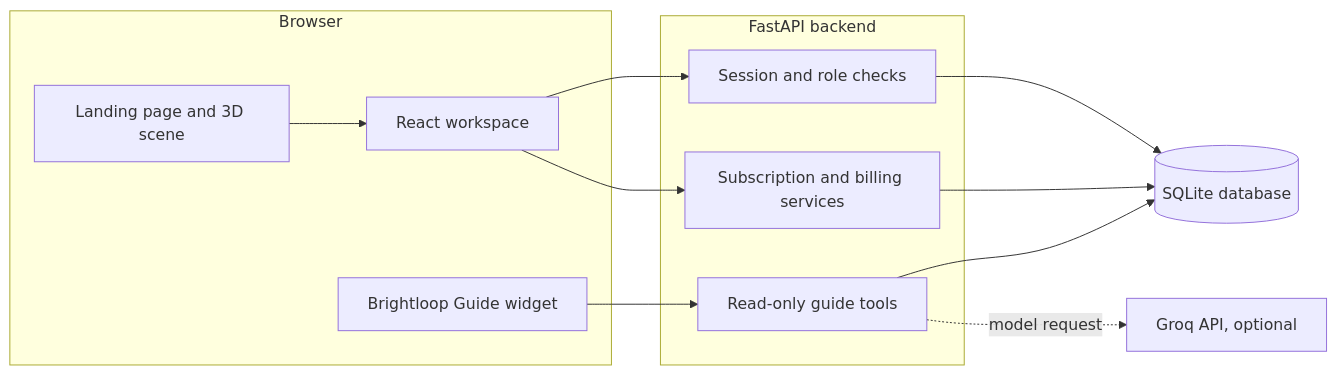
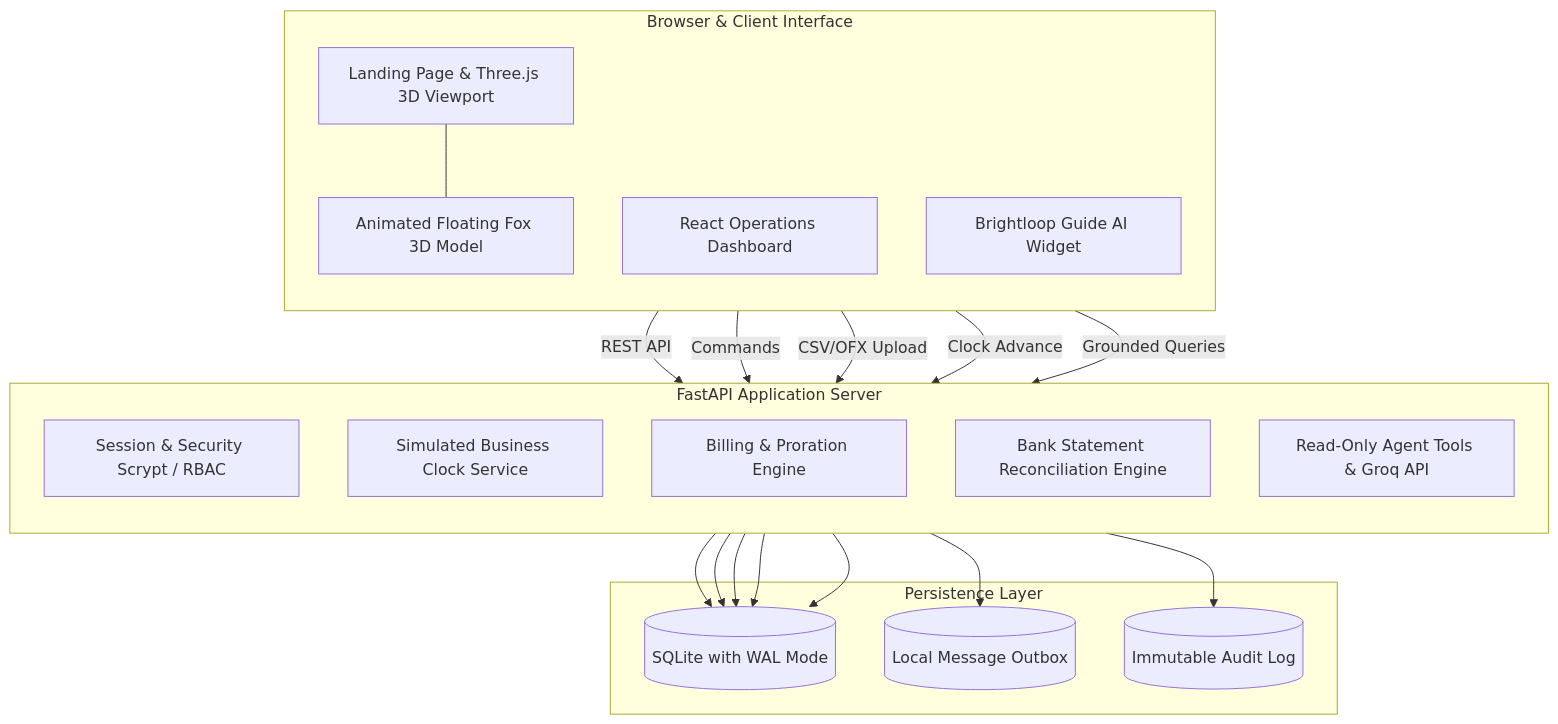
Before and after one commit to atharva-awade/Team-Synora-Odoo-Make-A-Ton-9.0: the diagram in README.md, drawn with Mermaid. The commit also changed other lines of this file and 4 other files, not shown here.

Commit message:
Integrate animated 3D floating fox mascot and polish documentation

````diff
--- a/README.md
+++ b/README.md
@@ -122,26 +154,40 @@
 ```mermaid
-flowchart LR
-  subgraph Browser[Browser]
-    LP[Landing page and 3D scene]
-    APP[React workspace]
-    GUIDE[Brightloop Guide widget]
+flowchart TD
+  subgraph Client [Browser & Client Interface]
+    direction TB
+    LP[Landing Page & Three.js 3D Viewport]
+    MASCOT[Animated Floating Fox 3D Model]
+    DASH[React Operations Dashboard]
+    GUIDE[Brightloop Guide AI Widget]
+    LP --- MASCOT
   end
 
-  subgraph API[FastAPI backend]
-    AUTH[Session and role checks]
-    RULES[Subscription and billing services]
-    GUIDEAPI[Read-only guide tools]
+  subgraph Backend [FastAPI Application Server]
+    direction TB
+    AUTH[Session & Security Scrypt / RBAC]
+    CLOCK[Simulated Business Clock Service]
+    BILLING[Billing & Proration Engine]
+    RECON[Bank Statement Reconciliation Engine]
+    ASSIST[Read-Only Agent Tools & Groq API]
   end
 
-  DATA[(SQLite database)]
-  GROQ[Groq API, optional]
+  subgraph Storage [Persistence Layer]
+    DB[(SQLite with WAL Mode)]
+    OUTBOX[(Local Message Outbox)]
+    AUDIT[(Immutable Audit Log)]
+  end
 
-  LP --> APP
-  APP --> AUTH
-  APP --> RULES
-  GUIDE --> GUIDEAPI
-  AUTH --> DATA
-  RULES --> DATA
-  GUIDEAPI --> DATA
-  GUIDEAPI -. model request .-> GROQ
+  DASH -->|REST API| AUTH
+  DASH -->|Commands| BILLING
+  DASH -->|CSV/OFX Upload| RECON
+  DASH -->|Clock Advance| CLOCK
+  GUIDE -->|Grounded Queries| ASSIST
+
+  AUTH --> DB
+  BILLING --> DB
+  RECON --> DB
+  CLOCK --> DB
+  BILLING --> OUTBOX
+  BILLING --> AUDIT
+  ASSIST --> DB
 ```
````
